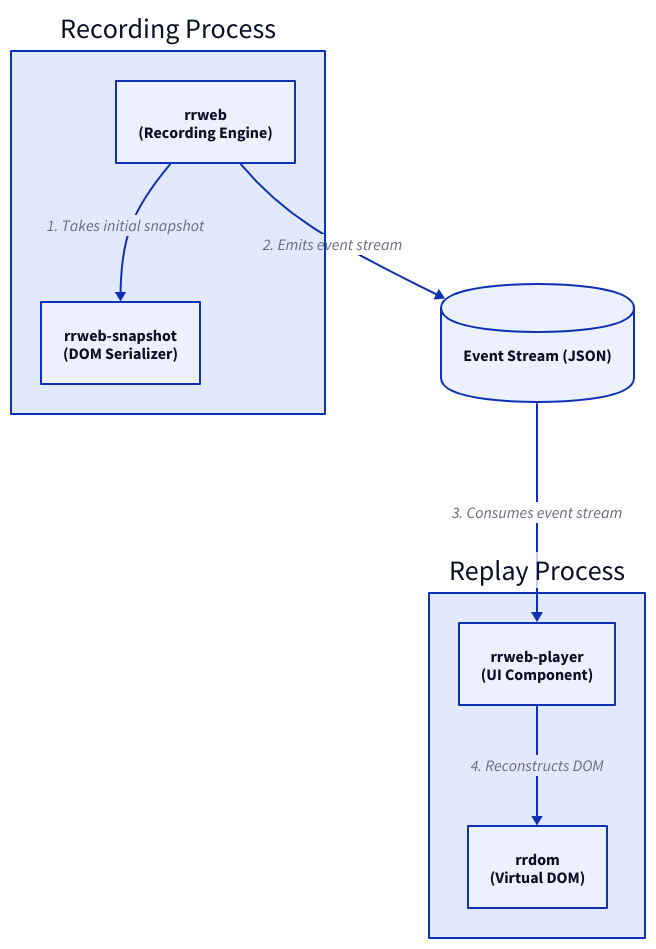
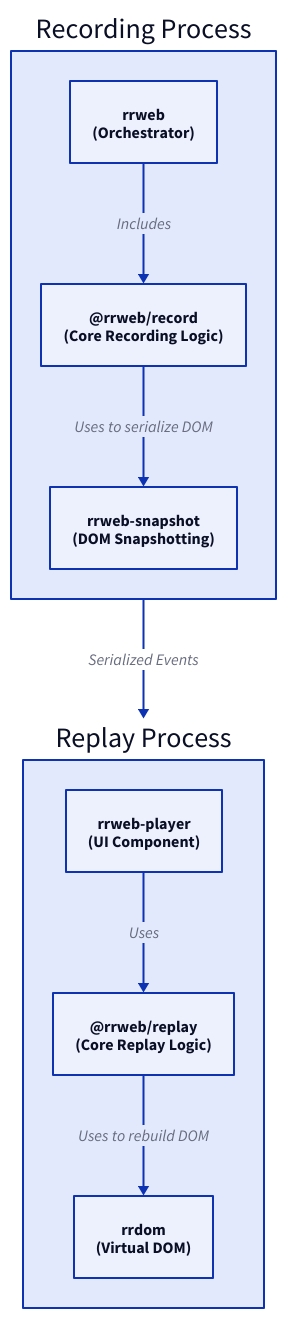
One commit to wangshijun/rrweb changed the diagram in .aigne/doc-smith/docs/core-packages.md. Above: the diagram before and after it, drawn with D2. The commit also changed other lines of this file and 27 other files, not shown here.

````diff
--- a/.aigne/doc-smith/docs/core-packages.md
+++ b/.aigne/doc-smith/docs/core-packages.md
@@ -9,39 +11,51 @@
 ```d2
 direction: down
 
-Recording-Process: {
+Recording: {
   label: "Recording Process"
   shape: rectangle
-  
+
   rrweb: {
-    label: "rrweb\n(Recording Engine)"
+    label: "rrweb\n(Orchestrator)"
+    shape: rectangle
   }
-  
+
+  rrweb-record: {
+    label: "@rrweb/record\n(Core Recording Logic)"
+    shape: rectangle
+  }
+
   rrweb-snapshot: {
-    label: "rrweb-snapshot\n(DOM Serializer)"
+    label: "rrweb-snapshot\n(DOM Snapshotting)"
+    shape: rectangle
   }
 }
 
-Replay-Process: {
+Replay: {
   label: "Replay Process"
   shape: rectangle
-  
+
   rrweb-player: {
     label: "rrweb-player\n(UI Component)"
+    shape: rectangle
   }
-  
+
+  rrweb-replay: {
+    label: "@rrweb/replay\n(Core Replay Logic)"
+    shape: rectangle
+  }
+
   rrdom: {
     label: "rrdom\n(Virtual DOM)"
+    shape: rectangle
   }
 }
 
-Event-Stream: {
-  label: "Event Stream (JSON)"
-  shape: cylinder
-}
+Recording.rrweb -> Recording.rrweb-record: "Includes"
+Recording.rrweb-record -> Recording.rrweb-snapshot: "Uses to serialize DOM"
 
-Recording-Process.rrweb -> Recording-Process.rrweb-snapshot: "1. Takes initial snapshot"
-Recording-Process.rrweb -> Event-Stream: "2. Emits event stream"
-Event-Stream -> Replay-Process.rrweb-player: "3. Consumes event stream"
-Replay-Process.rrweb-player -> Replay-Process.rrdom: "4. Reconstructs DOM"
+Recording -> Replay: "Serialized Events"
+
+Replay.rrweb-player -> Replay.rrweb-replay: "Uses"
+Replay.rrweb-replay -> Replay.rrdom: "Uses to rebuild DOM"
 ```
````
